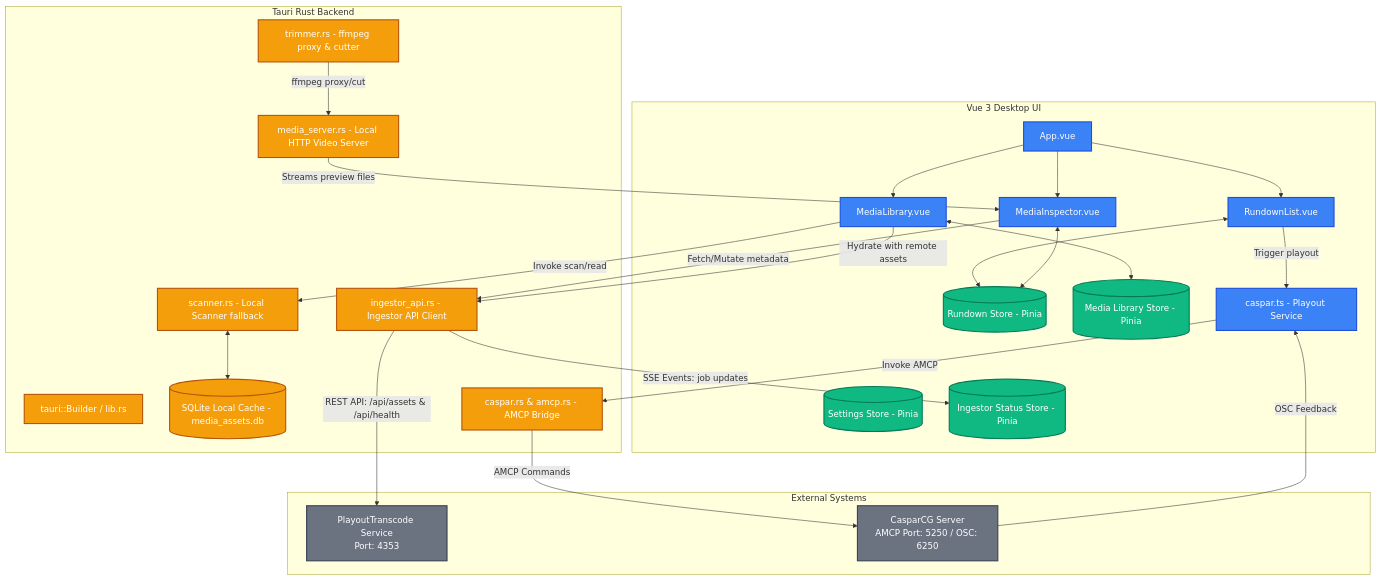
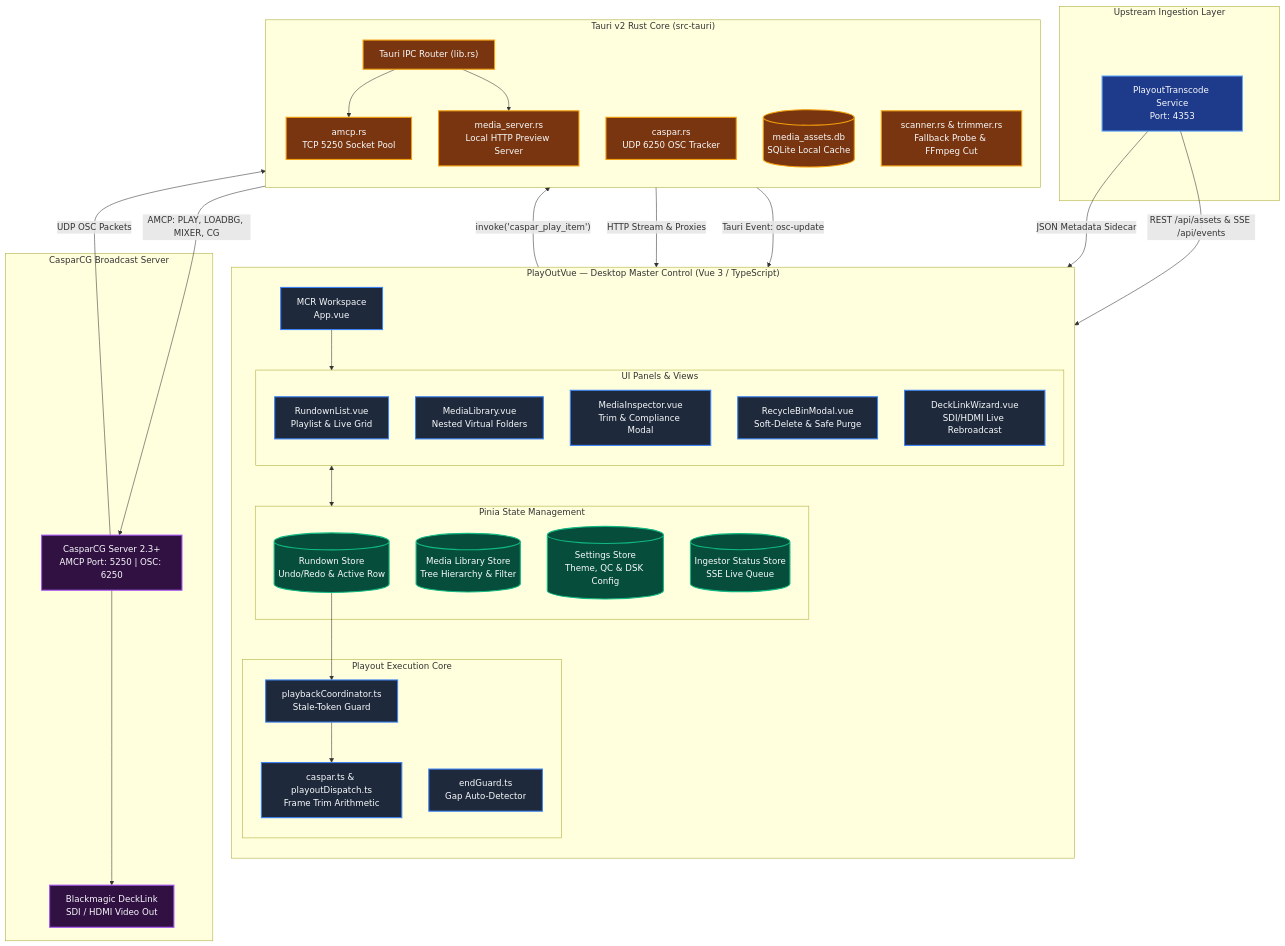
The first of 2 diagrams in README.md (Soranokuni/PlayOutVue), drawn with Mermaid before and after one commit. The commit also changed other lines of this file and 4 other files, not shown here.

Commit message:
docs: update README with architecture graphs, author tags, and NotebookLM research manual

````diff
--- a/README.md
+++ b/README.md
@@ -13,66 +21,73 @@
 ```mermaid
-graph TD
-    %% Styling
-    classDef ui fill:#3b82f6,stroke:#1d4ed8,stroke-width:2px,color:#fff;
-    classDef store fill:#10b981,stroke:#047857,stroke-width:2px,color:#fff;
-    classDef rust fill:#f59e0b,stroke:#b45309,stroke-width:2px,color:#fff;
-    classDef external fill:#6b7280,stroke:#374151,stroke-width:2px,color:#fff;
-    
-    subgraph Vue_Frontend [Vue 3 Desktop UI]
-        App[App.vue]:::ui
-        LibComponent[MediaLibrary.vue]:::ui
-        RundownComponent[RundownList.vue]:::ui
-        InspectorComponent[MediaInspector.vue]:::ui
-        
-        RundownStore[(Rundown Store - Pinia)]:::store
-        LibraryStore[(Media Library Store - Pinia)]:::store
-        SettingsStore[(Settings Store - Pinia)]:::store
-        IngestorStore[(Ingestor Status Store - Pinia)]:::store
-        
-        CasparService[caspar.ts - Playout Service]:::ui
+flowchart TB
+    classDef ui fill:#1e293b,stroke:#3b82f6,stroke-width:2px,color:#f8fafc;
+    classDef store fill:#064e3b,stroke:#10b981,stroke-width:2px,color:#f8fafc;
+    classDef tauri fill:#78350f,stroke:#f59e0b,stroke-width:2px,color:#f8fafc;
+    classDef caspar fill:#311042,stroke:#a855f7,stroke-width:2px,color:#f8fafc;
+    classDef transcode fill:#1e3a8a,stroke:#60a5fa,stroke-width:2px,color:#f8fafc;
+
+    subgraph INGEST_ENGINE ["Upstream Ingestion Layer"]
+        PT["PlayoutTranscode Service<br/>Port: 4353"]:::transcode
     end
 
-    subgraph Tauri_Rust_Backend [Tauri Rust Backend]
-        TauriCore[tauri::Builder / lib.rs]:::rust
-        ScannerModule[scanner.rs - Local Scanner fallback]:::rust
-        LocalDB[(SQLite Local Cache - media_assets.db)]:::rust
-        MediaServer[media_server.rs - Local HTTP Video Server]:::rust
-        IngestorClient[ingestor_api.rs - Ingestor API Client]:::rust
-        Trimmer[trimmer.rs - ffmpeg proxy & cutter]:::rust
-        CasparBridge[caspar.rs & amcp.rs - AMCP Bridge]:::rust
+    subgraph DESKTOP_UI ["PlayOutVue — Desktop Master Control (Vue 3 / TypeScript)"]
+        direction TB
+        AppView["MCR Workspace<br/>App.vue"]:::ui
+        
+        subgraph PANELS ["UI Panels & Views"]
+            RL["RundownList.vue<br/>Playlist & Live Grid"]:::ui
+            ML["MediaLibrary.vue<br/>Nested Virtual Folders"]:::ui
+            MI["MediaInspector.vue<br/>Trim & Compliance Modal"]:::ui
+            RB["RecycleBinModal.vue<br/>Soft-Delete & Safe Purge"]:::ui
+            DW["DeckLinkWizard.vue<br/>SDI/HDMI Live Rebroadcast"]:::ui
+        end
+
+        subgraph STATE_LAYER ["Pinia State Management"]
+            RundownStore[("Rundown Store<br/>Undo/Redo & Active Row")]:::store
+            LibraryStore[("Media Library Store<br/>Tree Hierarchy & Filter")]:::store
+            SettingsStore[("Settings Store<br/>Theme, QC & DSK Config")]:::store
+            IngestStore[("Ingestor Status Store<br/>SSE Live Queue")]:::store
+        end
+
+        subgraph DISPATCH_ENGINE ["Playout Execution Core"]
+            Coordinator["playbackCoordinator.ts<br/>Stale-Token Guard"]:::ui
+            DispatchService["caspar.ts & playoutDispatch.ts<br/>Frame Trim Arithmetic"]:::ui
+            EndGuard["endGuard.ts<br/>Gap Auto-Detector"]:::ui
+        end
     end
 
-    subgraph External_Infrastructure [External Systems]
-        TranscodeService[PlayoutTranscode Service<br>Port: 4353]:::external
-        CasparServer[CasparCG Server<br>AMCP Port: 5250 / OSC: 6250]:::external
+    subgraph TAURI_BACKEND ["Tauri v2 Rust Core (src-tauri)"]
+        direction TB
+        IPC["Tauri IPC Router (lib.rs)"]:::tauri
+        AMCPBridge["amcp.rs<br/>TCP 5250 Socket Pool"]:::tauri
+        OSCListener["caspar.rs<br/>UDP 6250 OSC Tracker"]:::tauri
+        MediaServer["media_server.rs<br/>Local HTTP Preview Server"]:::tauri
+        LocalDB[("media_assets.db<br/>SQLite Local Cache")]:::tauri
+        LocalScanner["scanner.rs & trimmer.rs<br/>Fallback Probe & FFmpeg Cut"]:::tauri
     end
 
-    %% Frontend Connections
-    App --> RundownComponent
-    App --> LibComponent
-    App --> InspectorComponent
+    subgraph PLAYOUT_BACKEND ["CasparCG Broadcast Server"]
+        CasparServer["CasparCG Server 2.3+<br/>AMCP Port: 5250 | OSC: 6250"]:::caspar
+        DeckLinkOut["Blackmagic DeckLink<br/>SDI / HDMI Video Out"]:::caspar
+    end
+
+    %% Wiring
+    PT -- "REST /api/assets & SSE /api/events" --> IngestStore
+    PT -- "JSON Metadata Sidecar" --> LibraryStore
+
+    AppView --> PANELS
+    PANELS <--> STATE_LAYER
     
-    LibComponent <--> LibraryStore
-    RundownComponent <--> RundownStore
-    InspectorComponent <--> RundownStore
+    RundownStore --> Coordinator --> DispatchService
+    DispatchService -- "invoke('caspar_play_item')" --> IPC
     
-    %% UI to Tauri Command Bridge
-    LibComponent -- Invoke scan/read --> ScannerModule
-    RundownComponent -- Trigger playout --> CasparService
-    InspectorComponent -- Fetch/Mutate metadata --> IngestorClient
+    IPC --> AMCPBridge
+    AMCPBridge -- "AMCP: PLAY, LOADBG, MIXER, CG" --> CasparServer
+    CasparServer -- "UDP OSC Packets" --> OSCListener
+    OSCListener -- "Tauri Event: osc-update" --> Coordinator
     
-    %% Playout Service to Backend & CasparCG
-    CasparService -- Invoke AMCP --> CasparBridge
-    CasparBridge -- AMCP Commands --> CasparServer
-    CasparServer -- OSC Feedback --> CasparService
+    IPC --> MediaServer
+    MediaServer -- "HTTP Stream & Proxies" --> MI
     
-    %% Local files and trimming
-    ScannerModule <--> LocalDB
-    MediaServer -- Streams preview files --> InspectorComponent
-    Trimmer -- ffmpeg proxy/cut --> MediaServer
-    
-    %% Ingestor Integration
-    IngestorClient -- REST API: /api/assets & /api/health --> TranscodeService
-    IngestorClient -- SSE Events: job updates --> IngestorStore
-    LibComponent -- Hydrate with remote assets --> IngestorClient
+    CasparServer --> DeckLinkOut
 ```
````
